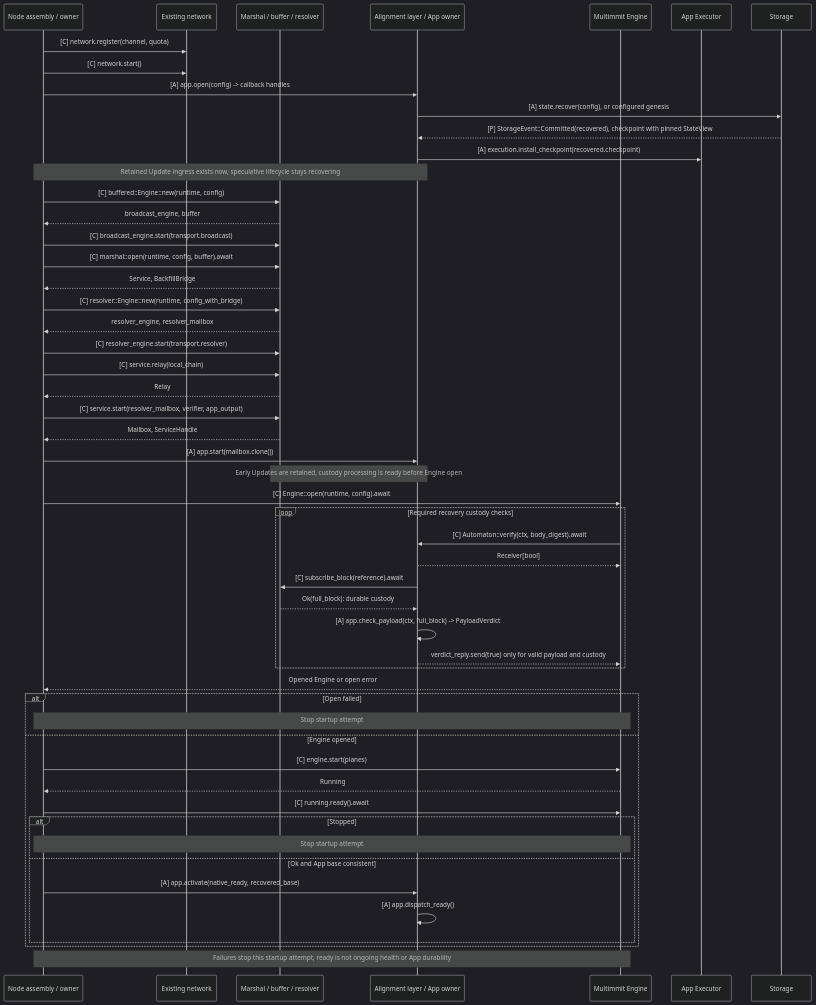
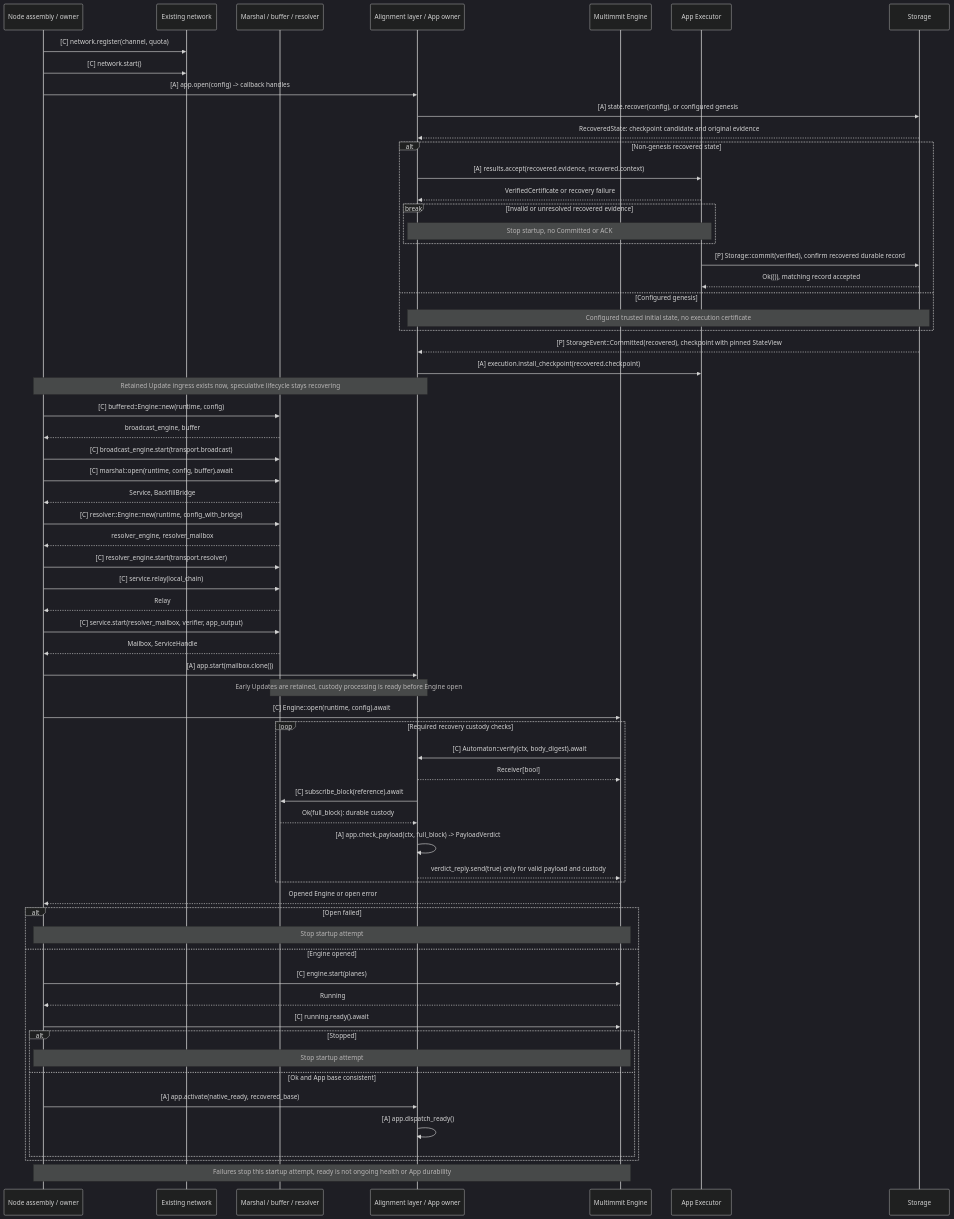
The second of 3 diagrams in docs/03-e2e/09-startup-and-recovery.md (djm07073/baton), drawn with Mermaid (dark theme) before and after one commit. The commit also changed other lines of this file and 175 other files, not shown here.

Commit message:
docs: visualize Baton flows and clarify executor certification

````diff
--- a/docs/03-e2e/09-startup-and-recovery.md
+++ b/docs/03-e2e/09-startup-and-recovery.md
@@ -15,55 +36,67 @@
 ```mermaid
 sequenceDiagram
     participant O as Node assembly / owner
     participant W as Existing network
     participant M as Marshal / buffer / resolver
     participant A as Alignment layer / App owner
     participant N as Multimmit Engine
     participant E as App Executor
     participant S as Storage
     O->>W: [C] network.register(channel, quota)
     O->>W: [C] network.start()
     O->>A: [A] app.open(config) -> callback handles
     A->>S: [A] state.recover(config), or configured genesis
+    S-->>A: RecoveredState: checkpoint candidate and original evidence
+    alt Non-genesis recovered state
+        A->>E: [A] results.accept(recovered.evidence, recovered.context)
+        E-->>A: VerifiedCertificate or recovery failure
+        break Invalid or unresolved recovered evidence
+            Note over A,E: Stop startup, no Committed or ACK
+        end
+        E->>S: [P] Storage::commit(verified), confirm recovered durable record
+        S-->>E: Ok(()), matching record accepted
+    else Configured genesis
+        Note over A,S: Configured trusted initial state, no execution certificate
+    end
     S-->>A: [P] StorageEvent::Committed(recovered), checkpoint with pinned StateView
     A->>E: [A] execution.install_checkpoint(recovered.checkpoint)
     Note over O,A: Retained Update ingress exists now, speculative lifecycle stays recovering
     O->>M: [C] buffered::Engine::new(runtime, config)
     M-->>O: broadcast_engine, buffer
     O->>M: [C] broadcast_engine.start(transport.broadcast)
     O->>M: [C] marshal::open(runtime, config, buffer).await
     M-->>O: Service, BackfillBridge
     O->>M: [C] resolver::Engine::new(runtime, config_with_bridge)
     M-->>O: resolver_engine, resolver_mailbox
     O->>M: [C] resolver_engine.start(transport.resolver)
     O->>M: [C] service.relay(local_chain)
     M-->>O: Relay
     O->>M: [C] service.start(resolver_mailbox, verifier, app_output)
     M-->>O: Mailbox, ServiceHandle
     O->>A: [A] app.start(mailbox.clone())
     Note over M,A: Early Updates are retained, custody processing is ready before Engine open
     O->>N: [C] Engine::open(runtime, config).await
     loop Required recovery custody checks
         N->>A: [C] Automaton::verify(ctx, body_digest).await
         A-->>N: Receiver[bool]
         A->>M: [C] subscribe_block(reference).await
         M-->>A: Ok(full_block): durable custody
         A->>A: [A] app.check_payload(ctx, full_block) -> PayloadVerdict
         A-->>N: verdict_reply.send(true) only for valid payload and custody
     end
     N-->>O: Opened Engine or open error
     alt Open failed
         Note over O,N: Stop startup attempt
     else Engine opened
         O->>N: [C] engine.start(planes)
         N-->>O: Running
         O->>N: [C] running.ready().await
         alt Stopped
             Note over O,N: Stop startup attempt
         else Ok and App base consistent
             O->>A: [A] app.activate(native_ready, recovered_base)
             A->>A: [A] app.dispatch_ready()
         end
     end
     Note over O,N: Failures stop this startup attempt, ready is not ongoing health or App durability
 ```
````
